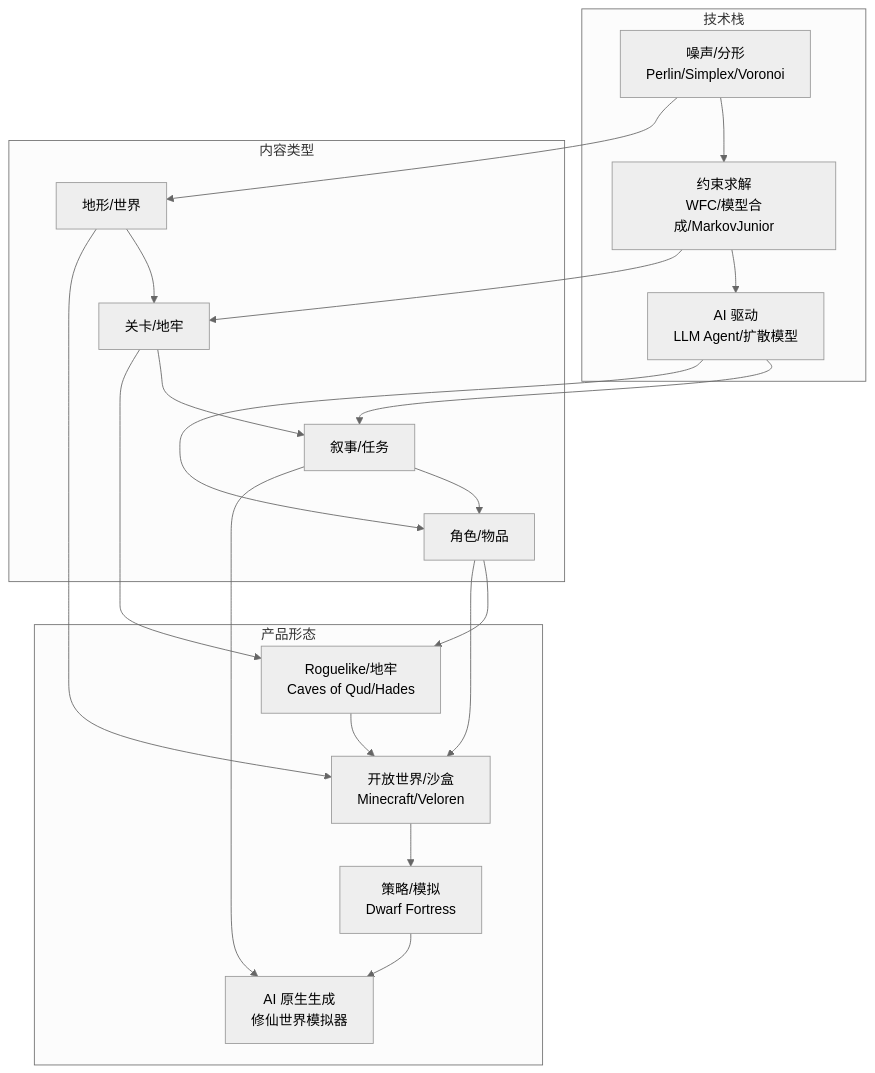
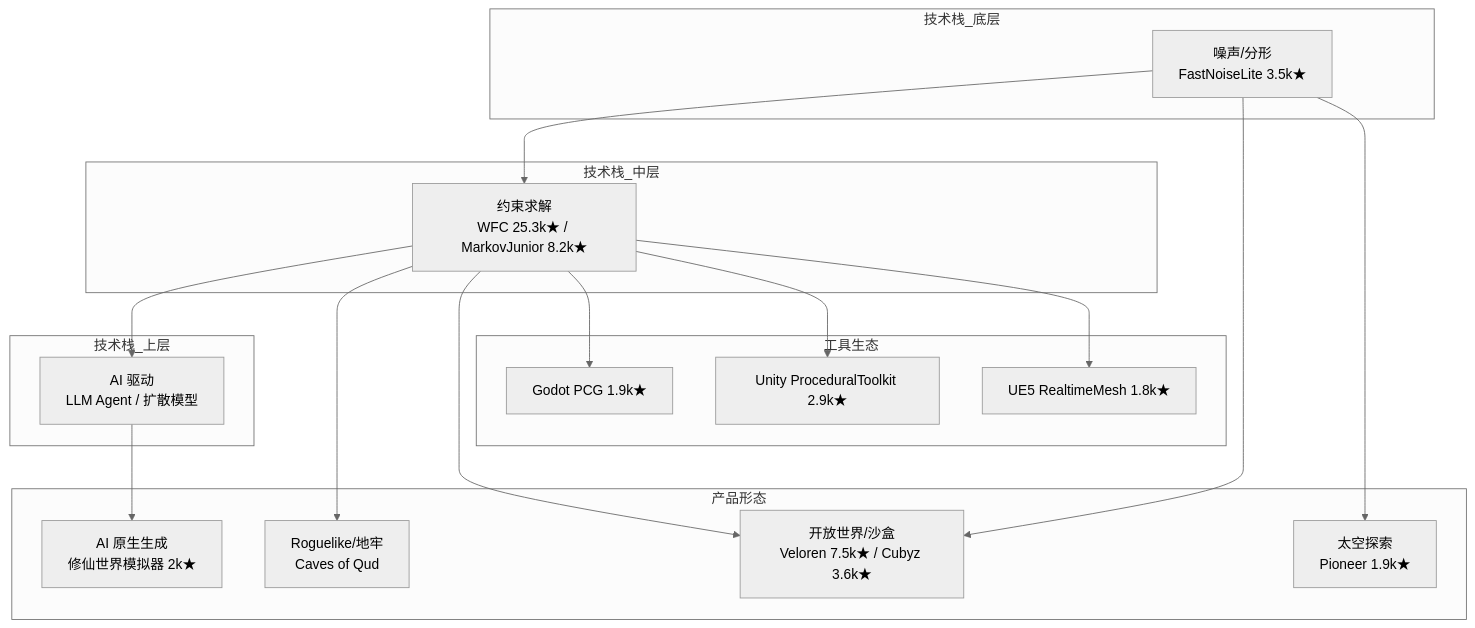
One commit to derekhu0002/deepresearch changed the diagram in docs/insights/自由生成游戏-程序化内容生成-洞察.md. Above: the diagram before and after it, drawn with Mermaid (neutral theme). The commit also changed other lines of this file and 2 other files, not shown here.

````diff
--- a/docs/insights/自由生成游戏-程序化内容生成-洞察.md
+++ b/docs/insights/自由生成游戏-程序化内容生成-洞察.md
@@ -159,29 +157,35 @@
 ```mermaid
 graph TD
-    subgraph 技术栈
-        A1[噪声/分形<br/>Perlin/Simplex/Voronoi] --> A2[约束求解<br/>WFC/模型合成/MarkovJunior]
-        A2 --> A3[AI 驱动<br/>LLM Agent/扩散模型]
+    subgraph 技术栈_底层
+        A1[噪声/分形<br/>FastNoiseLite 3.5k★]
     end
-
-    subgraph 内容类型
-        B1[地形/世界] --> B2[关卡/地牢]
-        B2 --> B3[叙事/任务]
-        B3 --> B4[角色/物品]
+    subgraph 技术栈_中层
+        A2[约束求解<br/>WFC 25.3k★ / MarkovJunior 8.2k★]
+    end
+    subgraph 技术栈_上层
+        A3[AI 驱动<br/>LLM Agent / 扩散模型]
     end
 
     subgraph 产品形态
-        C1[Roguelike/地牢<br/>Caves of Qud/Hades] --> C2[开放世界/沙盒<br/>Minecraft/Veloren]
-        C2 --> C3[策略/模拟<br/>Dwarf Fortress]
-        C3 --> C4[AI 原生生成<br/>修仙世界模拟器]
+        C1[Roguelike/地牢<br/>Caves of Qud]
+        C2[开放世界/沙盒<br/>Veloren 7.5k★ / Cubyz 3.6k★]
+        C3[AI 原生生成<br/>修仙世界模拟器 2k★]
+        C4[太空探索<br/>Pioneer 1.9k★]
     end
 
-    A1 --> B1
-    A2 --> B2
-    A3 --> B3
-    A3 --> B4
-    B1 --> C2
-    B2 --> C1
-    B3 --> C4
-    B4 --> C1
-    B4 --> C2
+    subgraph 工具生态
+        D1[Godot PCG 1.9k★]
+        D2[Unity ProceduralToolkit 2.9k★]
+        D3[UE5 RealtimeMesh 1.8k★]
+    end
+
+    A1 --> A2 --> A3
+    A1 --> C2
+    A2 --> C1
+    A2 --> C2
+    A3 --> C3
+    A1 --> C4
+    A2 --> D1
+    A2 --> D2
+    A2 --> D3
 ```
````
